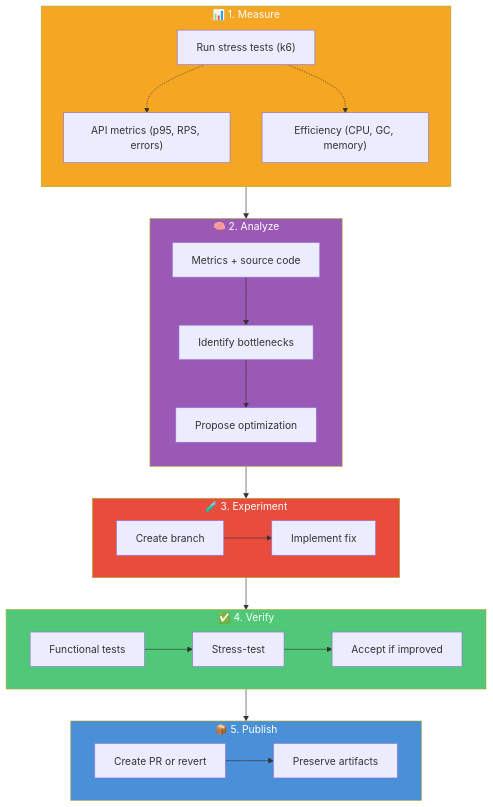
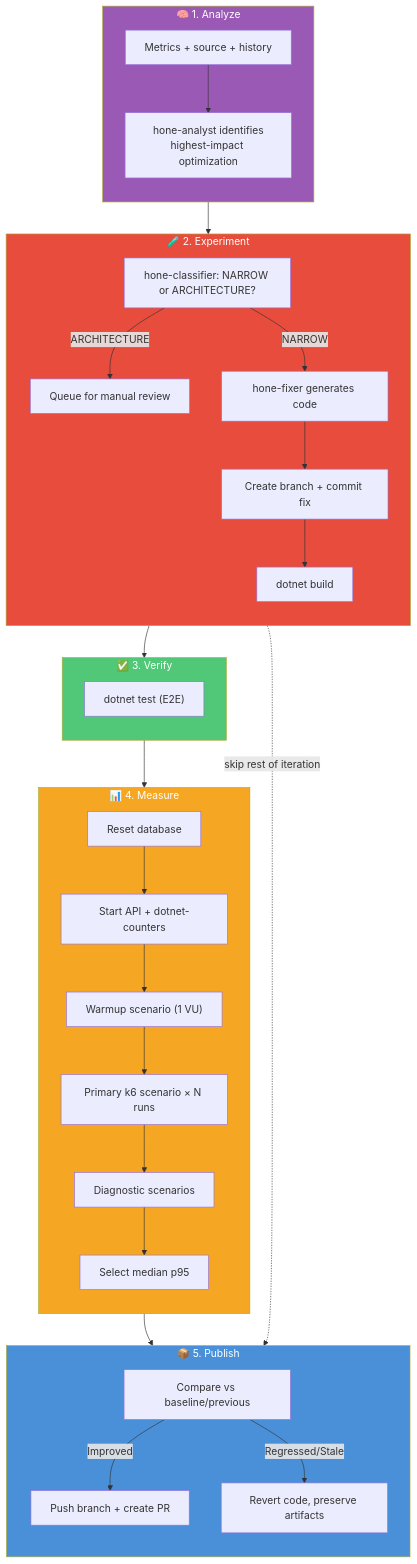
Before and after one commit to J-Bax/Hone: the first of 2 diagrams in docs/architecture.md, drawn with Mermaid. The commit also changed other lines of this file and 3 other files, not shown here.

````diff
--- a/docs/architecture.md
+++ b/docs/architecture.md
@@ -25,39 +27,49 @@
 ```mermaid
 flowchart TD
-    subgraph MEASURE["📊 1. Measure"]
+    subgraph ANALYZE["🧠 1. Analyze"]
         direction TB
-        M1["Run stress tests (k6)"]
-        M1 -.-> M2["API metrics (p95, RPS, errors)"]
-        M1 -.-> M3["Efficiency (CPU, GC, memory)"]
+        A1["Metrics + source + history"]
+        A1 --> A2["hone-analyst identifies\nhighest-impact optimization"]
     end
 
-    subgraph ANALYZE["🧠 2. Analyze"]
+    subgraph EXPERIMENT["🧪 2. Experiment"]
         direction TB
-        A1["Metrics + source code"]
-        A1 --> A2["Identify bottlenecks"]
-        A2 --> A3["Propose optimization"]
+        E1["hone-classifier: NARROW or ARCHITECTURE?"]
+        E1 -->|ARCHITECTURE| EQ["Queue for manual review"]
+        E1 -->|NARROW| E2["hone-fixer generates code"]
+        E2 --> E3["Create branch + commit fix"]
+        E3 --> E4["dotnet build"]
     end
 
-    subgraph EXPERIMENT["🧪 3. Experiment"]
-        direction LR
-        E1["Create branch"] --> E2["Implement fix"]
+    subgraph VERIFY["✅ 3. Verify"]
+        direction TB
+        V1["dotnet test (E2E)"]
     end
 
-    subgraph VERIFY["✅ 4. Verify"]
-        direction LR
-        V1["Functional tests"] --> V2["Stress-test"] --> V3["Accept if improved"]
+    subgraph MEASURE["📊 4. Measure"]
+        direction TB
+        M0["Reset database"]
+        M0 --> M1["Start API + dotnet-counters"]
+        M1 --> M2["Warmup scenario (1 VU)"]
+        M2 --> M3["Primary k6 scenario × N runs"]
+        M3 --> M4["Diagnostic scenarios"]
+        M4 --> M5["Select median p95"]
     end
 
     subgraph PUBLISH["📦 5. Publish"]
-        direction LR
-        P1["Create PR or revert"] --> P2["Preserve artifacts"]
+        direction TB
+        P1["Compare vs baseline/previous"]
+        P1 -->|Improved| P2["Push branch + create PR"]
+        P1 -->|Regressed/Stale| P3["Revert code, preserve artifacts"]
     end
 
-    MEASURE --> ANALYZE --> EXPERIMENT --> VERIFY --> PUBLISH
+    ANALYZE --> EXPERIMENT
+    EQ -.->|skip rest of iteration| PUBLISH
+    EXPERIMENT --> VERIFY --> MEASURE --> PUBLISH
 
-    style MEASURE fill:#f5a623,color:#fff
     style ANALYZE fill:#9b59b6,color:#fff
     style EXPERIMENT fill:#e74c3c,color:#fff
     style VERIFY fill:#50c878,color:#fff
+    style MEASURE fill:#f5a623,color:#fff
     style PUBLISH fill:#4a90d9,color:#fff
 ```
````
